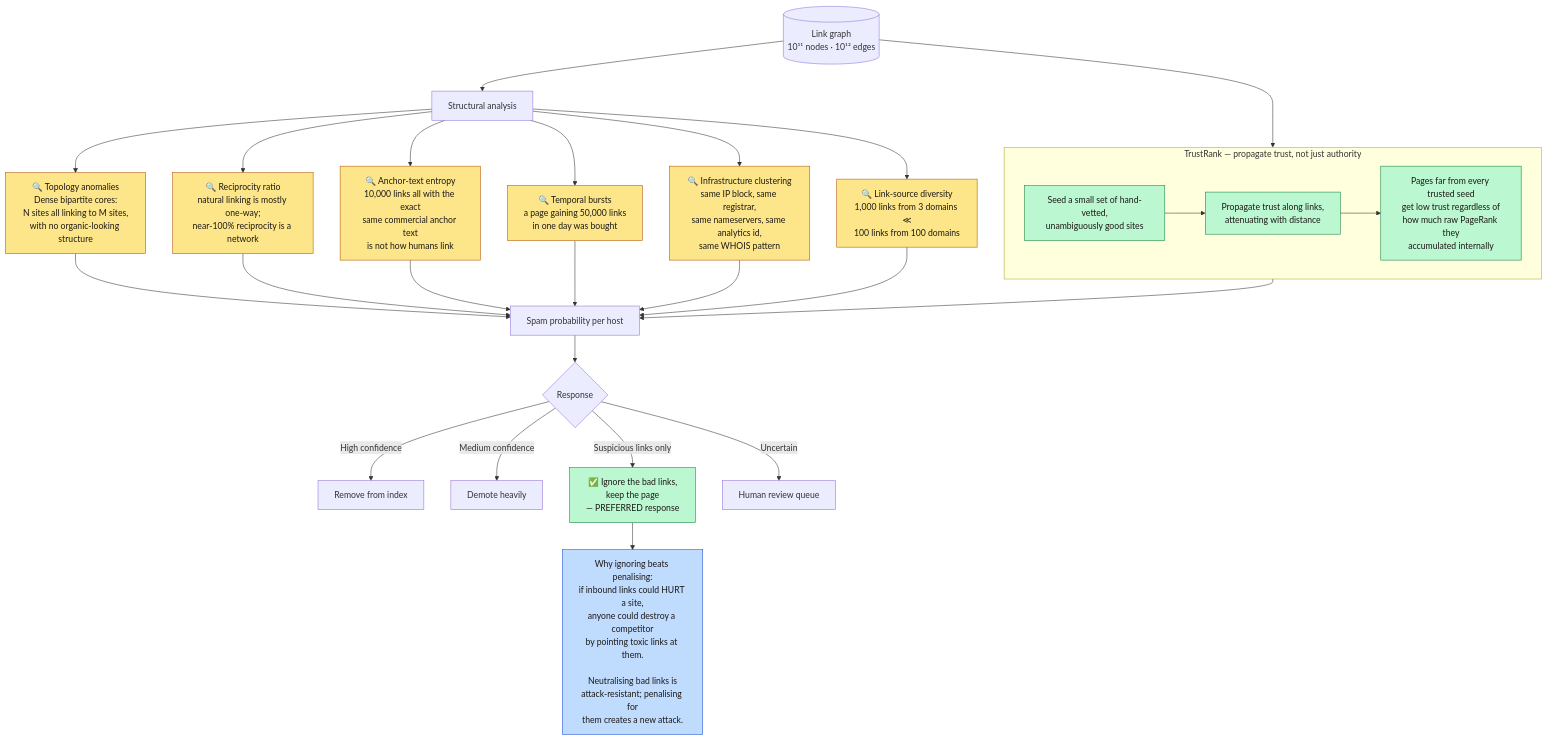
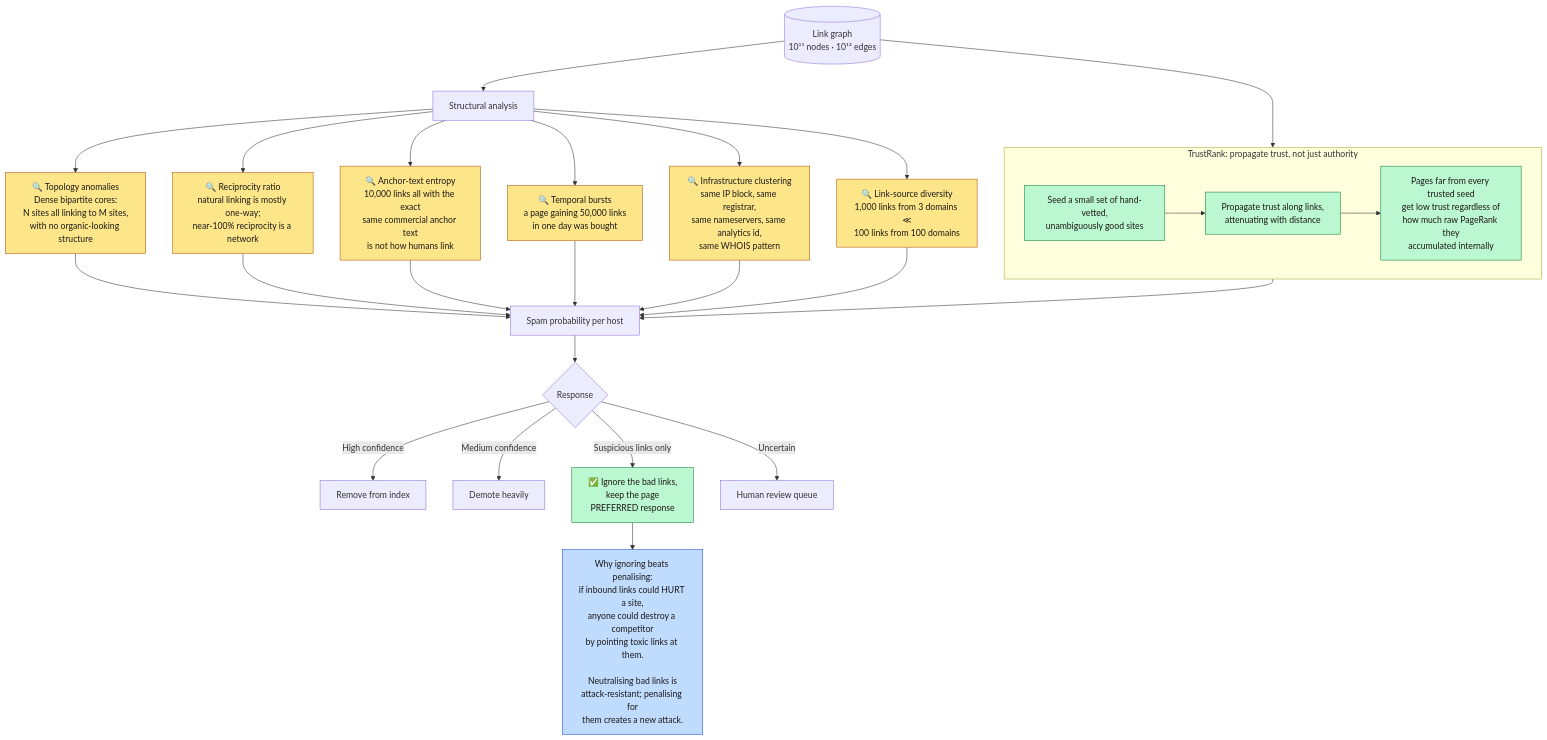
Before and after one commit to ahmedselimmansor-ctrl/google-search-system-design: the second of 4 diagrams in docs/en/14-security-abuse.md, drawn with Mermaid. The commit also changed other lines of this file and 89 other files, not shown here.

````diff
--- a/docs/en/14-security-abuse.md
+++ b/docs/en/14-security-abuse.md
@@ -102,40 +102,40 @@
 ```mermaid
 flowchart TB
     LG[("Link graph<br/>10¹¹ nodes · 10¹² edges")]
 
     LG --> A["Structural analysis"]
 
     A --> A1["🔍 Topology anomalies<br/>Dense bipartite cores:<br/>N sites all linking to M sites,<br/>with no organic-looking structure"]
     A --> A2["🔍 Reciprocity ratio<br/>natural linking is mostly one-way;<br/>near-100% reciprocity is a network"]
     A --> A3["🔍 Anchor-text entropy<br/>10,000 links all with the exact<br/>same commercial anchor text<br/>is not how humans link"]
     A --> A4["🔍 Temporal bursts<br/>a page gaining 50,000 links<br/>in one day was bought"]
     A --> A5["🔍 Infrastructure clustering<br/>same IP block, same registrar,<br/>same nameservers, same analytics id,<br/>same WHOIS pattern"]
     A --> A6["🔍 Link-source diversity<br/>1,000 links from 3 domains ≪<br/>100 links from 100 domains"]
 
     A1 & A2 & A3 & A4 & A5 & A6 --> SCORE["Spam probability per host"]
 
-    subgraph TRUST["TrustRank — propagate trust, not just authority"]
+    subgraph TRUST["TrustRank: propagate trust, not just authority"]
         T1["Seed a small set of hand-vetted,<br/>unambiguously good sites"]
         T2["Propagate trust along links,<br/>attenuating with distance"]
         T3["Pages far from every trusted seed<br/>get low trust regardless of<br/>how much raw PageRank they<br/>accumulated internally"]
         T1 --> T2 --> T3
     end
 
     LG --> TRUST
     TRUST --> SCORE
 
     SCORE --> ACTION{"Response"}
     ACTION -->|"High confidence"| REMOVE["Remove from index"]
     ACTION -->|"Medium confidence"| DEMOTE["Demote heavily"]
-    ACTION -->|"Suspicious links only"| IGNORE["✅ Ignore the bad links,<br/>keep the page<br/>— PREFERRED response"]
+    ACTION -->|"Suspicious links only"| IGNORE["✅ Ignore the bad links,<br/>keep the page<br/>PREFERRED response"]
     ACTION -->|"Uncertain"| REVIEW["Human review queue"]
 
     IGNORE --> WHY["Why ignoring beats penalising:<br/>if inbound links could HURT a site,<br/>anyone could destroy a competitor<br/>by pointing toxic links at them.<br/><br/>Neutralising bad links is<br/>attack-resistant; penalising for<br/>them creates a new attack."]
 
     classDef detect fill:#fde68a,stroke:#b45309,color:#1c1917
     classDef good fill:#bbf7d0,stroke:#15803d,color:#1c1917
     classDef key fill:#bfdbfe,stroke:#1d4ed8,color:#1c1917
     class A1,A2,A3,A4,A5,A6 detect
     class IGNORE,T1,T2,T3 good
     class WHY key
 ```
````
